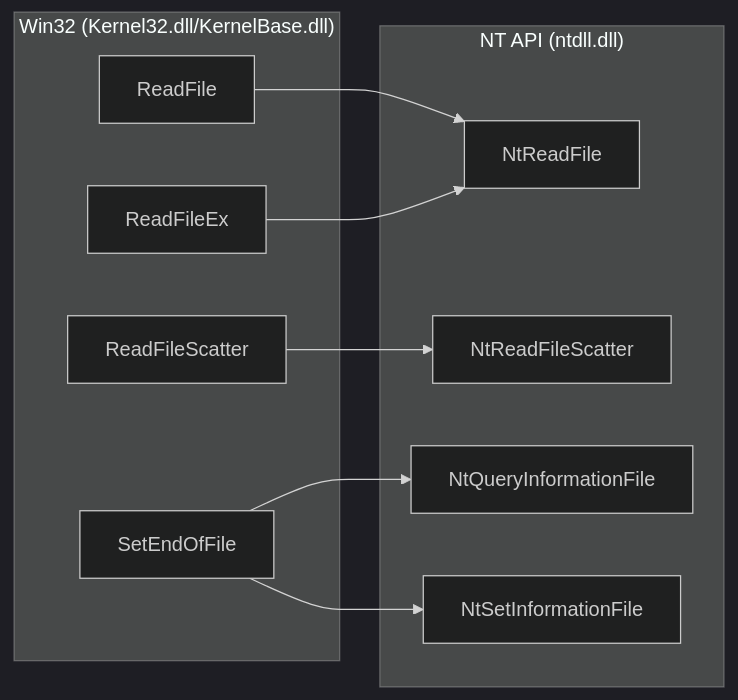
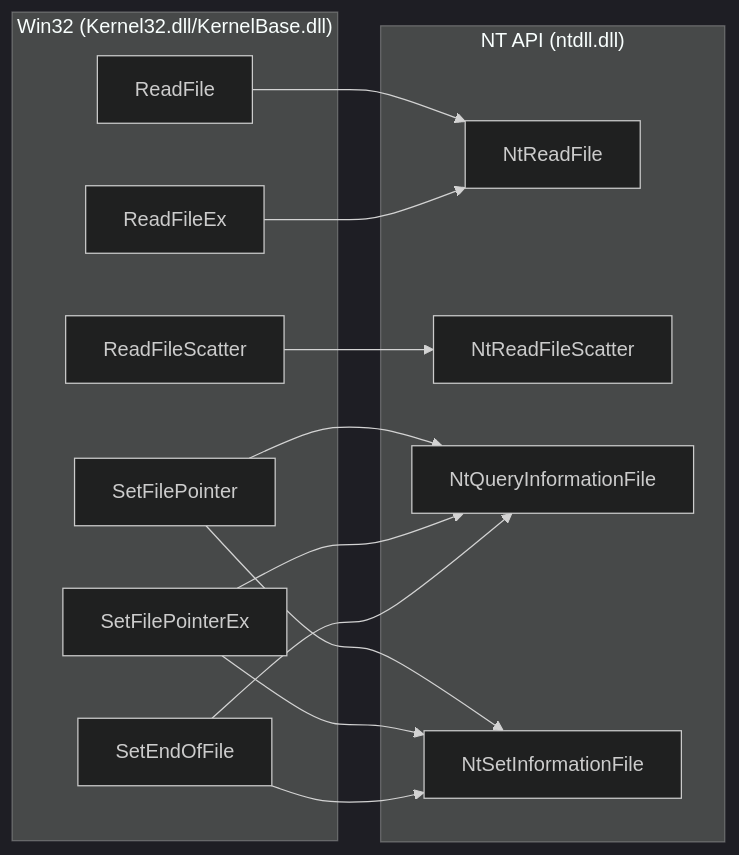
One commit to Sewer56/vfs-writeup changed the fourth of 10 diagrams in docs/index.md. Above: the diagram before and after it, drawn with Mermaid (dark theme). The commit also changed other lines of this file, not shown here.

Commit message:
Added: SetFilePointer APIs

````diff
--- a/docs/index.md
+++ b/docs/index.md
@@ -378,23 +378,29 @@
 ```mermaid
 flowchart LR
     subgraph Win32["Win32 (Kernel32.dll/KernelBase.dll)"]
     ReadFile
     ReadFileEx
     ReadFileScatter
+    SetFilePointer
+    SetFilePointerEx
     SetEndOfFile
 
     end
 
     subgraph NT["NT API (ntdll.dll)"]
     NtReadFile
     NtReadFileScatter
     NtQueryInformationFile
     NtSetInformationFile
 
     ReadFile --> NtReadFile
     ReadFileEx --> NtReadFile
     ReadFileScatter --> NtReadFileScatter
+    SetFilePointer --> NtQueryInformationFile
+    SetFilePointer --> NtSetInformationFile
+    SetFilePointerEx --> NtQueryInformationFile
+    SetFilePointerEx --> NtSetInformationFile
     SetEndOfFile --> NtQueryInformationFile
     SetEndOfFile --> NtSetInformationFile
     end
 ```
````
